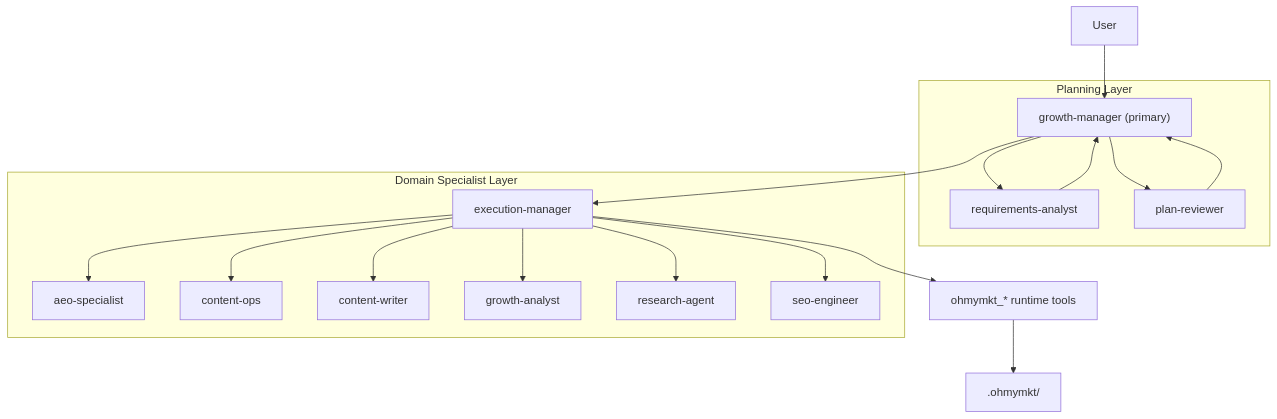
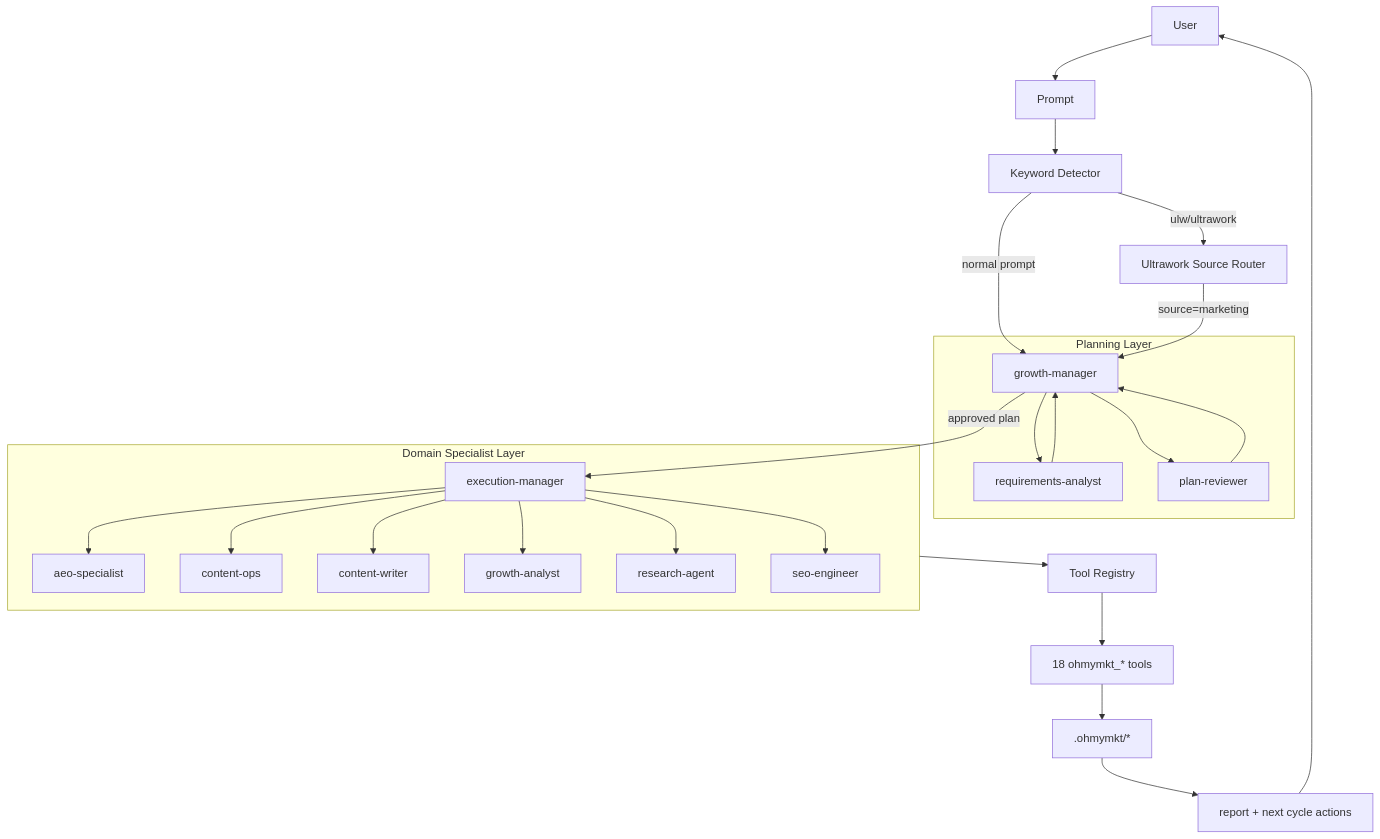
One commit to bravohenry/ohmymkt changed the first of 7 diagrams in docs/guide/understanding-orchestration-system.md. Above: the diagram before and after it, drawn with Mermaid. The commit also changed other lines of this file and 4 other files, not shown here.

Commit message:
docs(architecture): deepen marketing docs with high-fidelity mermaid runbooks

````diff
--- a/docs/guide/understanding-orchestration-system.md
+++ b/docs/guide/understanding-orchestration-system.md
@@ -28,25 +21,33 @@
 ```mermaid
 flowchart TB
-    U["User"] --> GM["growth-manager (primary)"]
+    U["User"] --> MSG["Prompt"]
+    MSG --> KD["Keyword Detector"]
+    KD -->|ulw/ultrawork| UWM["Ultrawork Source Router"]
+    KD -->|normal prompt| GM["growth-manager"]
 
-    subgraph Planning["Planning Layer"]
+    UWM -->|source=marketing| GM
+
+    subgraph PLAN["Planning Layer"]
       GM --> RA["requirements-analyst"]
       GM --> PR["plan-reviewer"]
       RA --> GM
       PR --> GM
     end
 
-    GM --> EM["execution-manager"]
+    GM -->|approved plan| EM["execution-manager"]
 
-    subgraph Specialist["Domain Specialist Layer"]
+    subgraph EXEC["Domain Specialist Layer"]
       EM --> AEO["aeo-specialist"]
       EM --> CO["content-ops"]
       EM --> CW["content-writer"]
       EM --> GA["growth-analyst"]
       EM --> RE["research-agent"]
       EM --> SEO["seo-engineer"]
     end
 
-    EM --> Tools["ohmymkt_* runtime tools"]
-    Tools --> State[".ohmymkt/"]
+    EXEC --> TR["Tool Registry"]
+    TR --> ORT["18 ohmymkt_* tools"]
+    ORT --> FS[".ohmymkt/*"]
+    FS --> OUT["report + next cycle actions"]
+    OUT --> U
 ```
````
